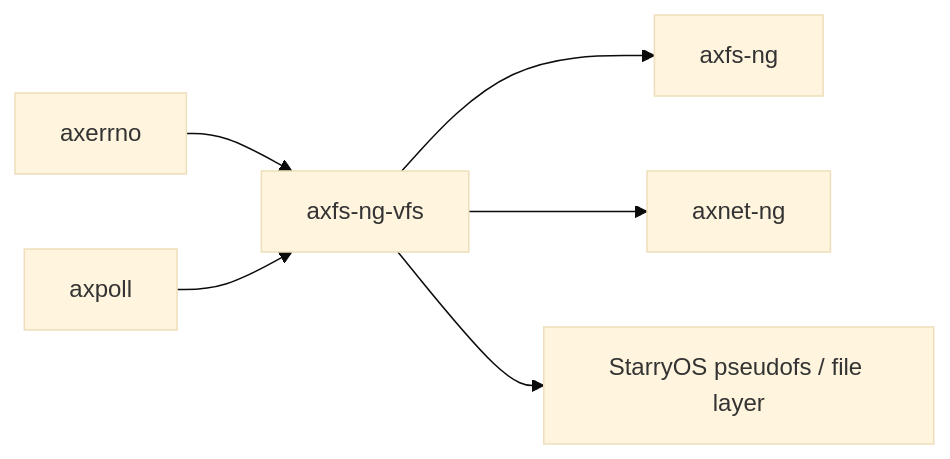
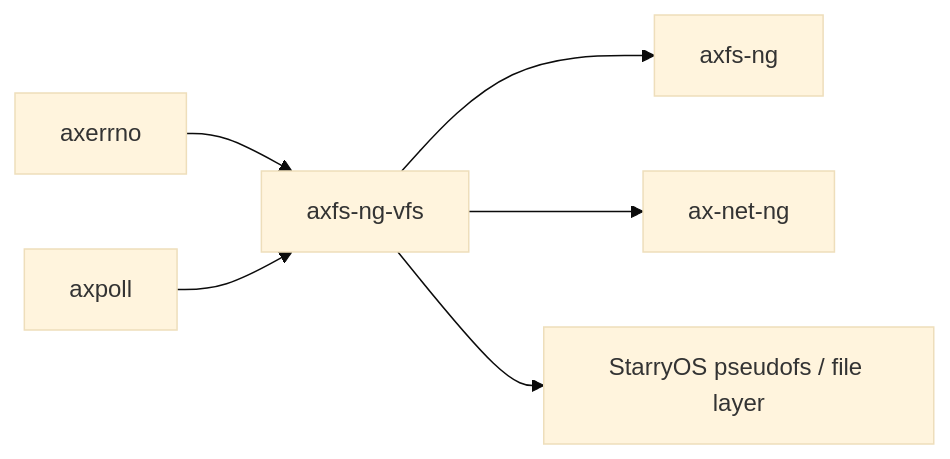
The second of 2 diagrams in docs/crates/axfs-ng-vfs.md (zKurisu/tgoskits), drawn with Mermaid (base theme) before and after one commit. The commit also changed other lines of this file and 32 other files, not shown here.

Commit message:
rename axnet-ng to ax-net-ng

````diff
--- a/docs/crates/axfs-ng-vfs.md
+++ b/docs/crates/axfs-ng-vfs.md
@@ -98,9 +98,9 @@
 ```mermaid
 graph LR
     axerrno["axerrno"] --> current["axfs-ng-vfs"]
     axpoll["axpoll"] --> current
 
     current --> axfs_ng["axfs-ng"]
-    current --> axnet_ng["axnet-ng"]
+    current --> axnet_ng["ax-net-ng"]
     current --> starry_pseudofs["StarryOS pseudofs / file layer"]
 ```
````
